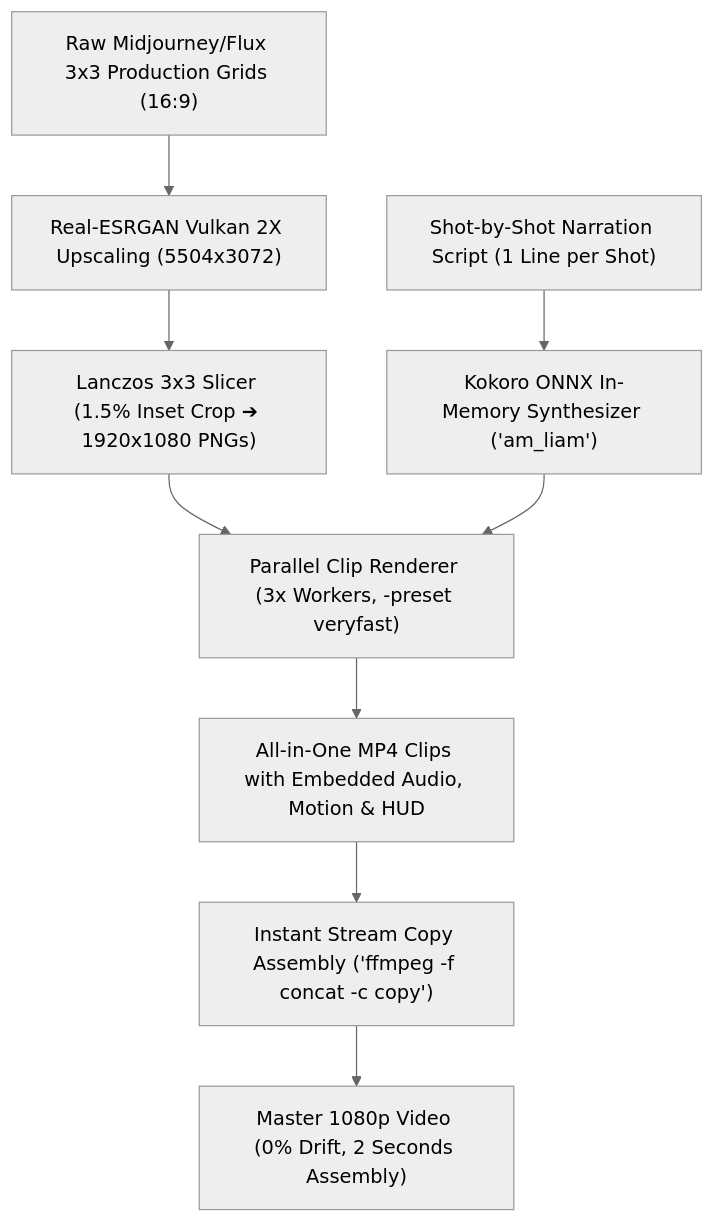
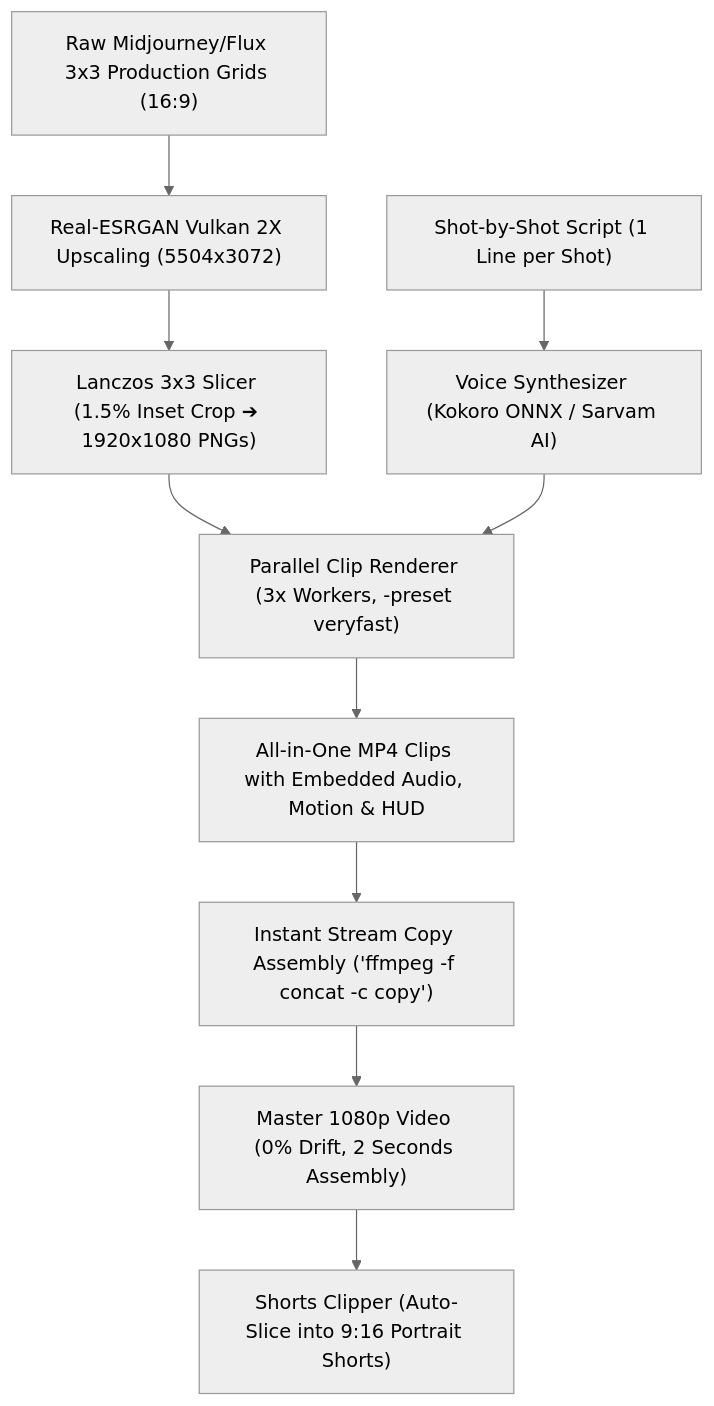
The diagram in README.md (Kartik-gitClient/Stickman-Cinema), drawn with Mermaid (neutral theme) before and after one commit. The commit also changed other lines of this file, not shown here.

Commit message:
Update README with Soundza SFX, Sarvam AI Hindi TTS, and 9:16 Shorts Clipper

````diff
--- a/README.md
+++ b/README.md
@@ -27,11 +33,12 @@
 ```mermaid
 flowchart TD
     A["Raw Midjourney/Flux 3x3 Production Grids (16:9)"] --> B["Real-ESRGAN Vulkan 2X Upscaling (5504x3072)"]
     B --> C["Lanczos 3x3 Slicer (1.5% Inset Crop ➔ 1920x1080 PNGs)"]
-    D["Shot-by-Shot Narration Script (1 Line per Shot)"] --> E["Kokoro ONNX In-Memory Synthesizer ('am_liam')"]
+    D["Shot-by-Shot Script (1 Line per Shot)"] --> E["Voice Synthesizer (Kokoro ONNX / Sarvam AI)"]
     C --> F["Parallel Clip Renderer (3x Workers, -preset veryfast)"]
     E --> F
     F --> G["All-in-One MP4 Clips with Embedded Audio, Motion & HUD"]
     G --> H["Instant Stream Copy Assembly ('ffmpeg -f concat -c copy')"]
     H --> I["Master 1080p Video (0% Drift, 2 Seconds Assembly)"]
+    I --> J["Shorts Clipper (Auto-Slice into 9:16 Portrait Shorts)"]
 ```
````
